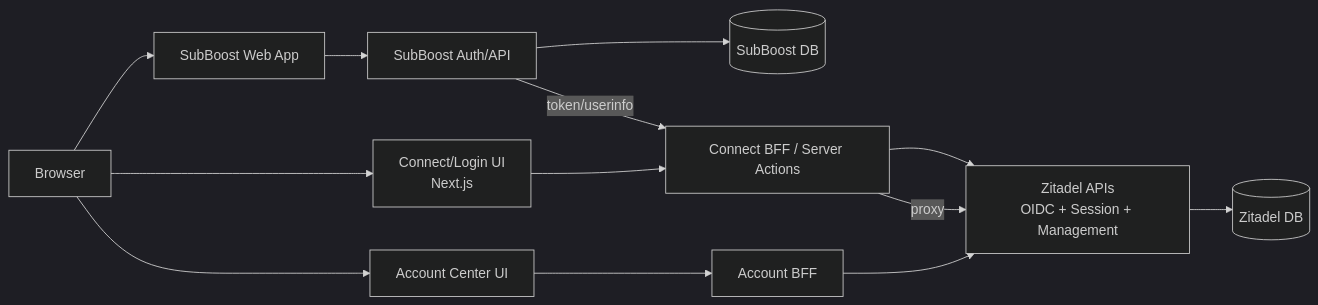
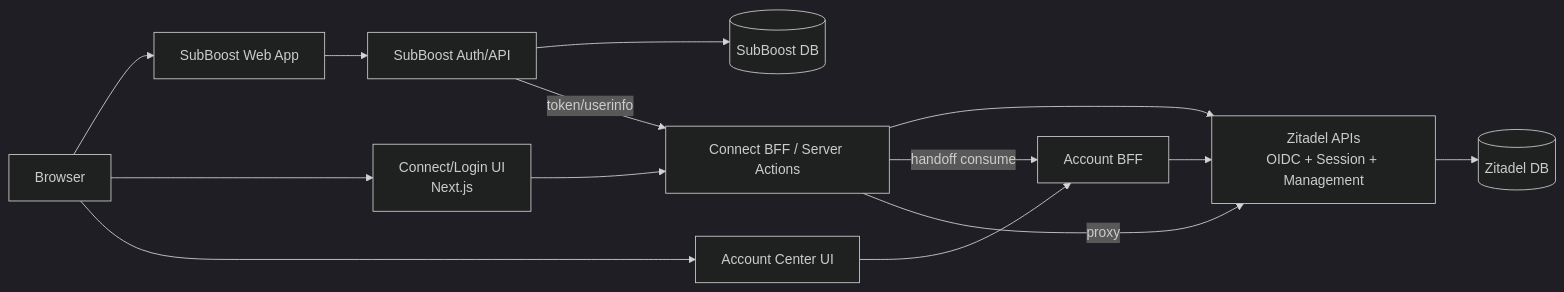
Before and after one commit to amo0114/MoAuth: the second of 6 diagrams in docs/uuwu_06_interface_contracts_boundaries.md, drawn with Mermaid (dark theme). The commit also changed other lines of this file and 6 other files, not shown here.

````diff
--- a/docs/uuwu_06_interface_contracts_boundaries.md
+++ b/docs/uuwu_06_interface_contracts_boundaries.md
@@ -46,32 +46,33 @@
 ```mermaid
 flowchart LR
   Browser[Browser]
 
   SBWeb[SubBoost Web App]
   SBAPI[SubBoost Auth/API]
   SBDB[(SubBoost DB)]
 
   ConnectFE[Connect/Login UI<br/>Next.js]
   ConnectBFF[Connect BFF / Server Actions]
   AccountFE[Account Center UI]
   AccountBFF[Account BFF]
 
   ZitadelAPI[Zitadel APIs<br/>OIDC + Session + Management]
   ZitadelDB[(Zitadel DB)]
 
   Browser --> SBWeb
   SBWeb --> SBAPI
   SBAPI --> SBDB
 
   Browser --> ConnectFE
   ConnectFE --> ConnectBFF
   ConnectBFF --> ZitadelAPI
 
   Browser --> AccountFE
   AccountFE --> AccountBFF
   AccountBFF --> ZitadelAPI
 
+  ConnectBFF -->|handoff consume| AccountBFF
   SBAPI -->|token/userinfo| ConnectBFF
   ConnectBFF -->|proxy| ZitadelAPI
   ZitadelAPI --> ZitadelDB
 ```
````
